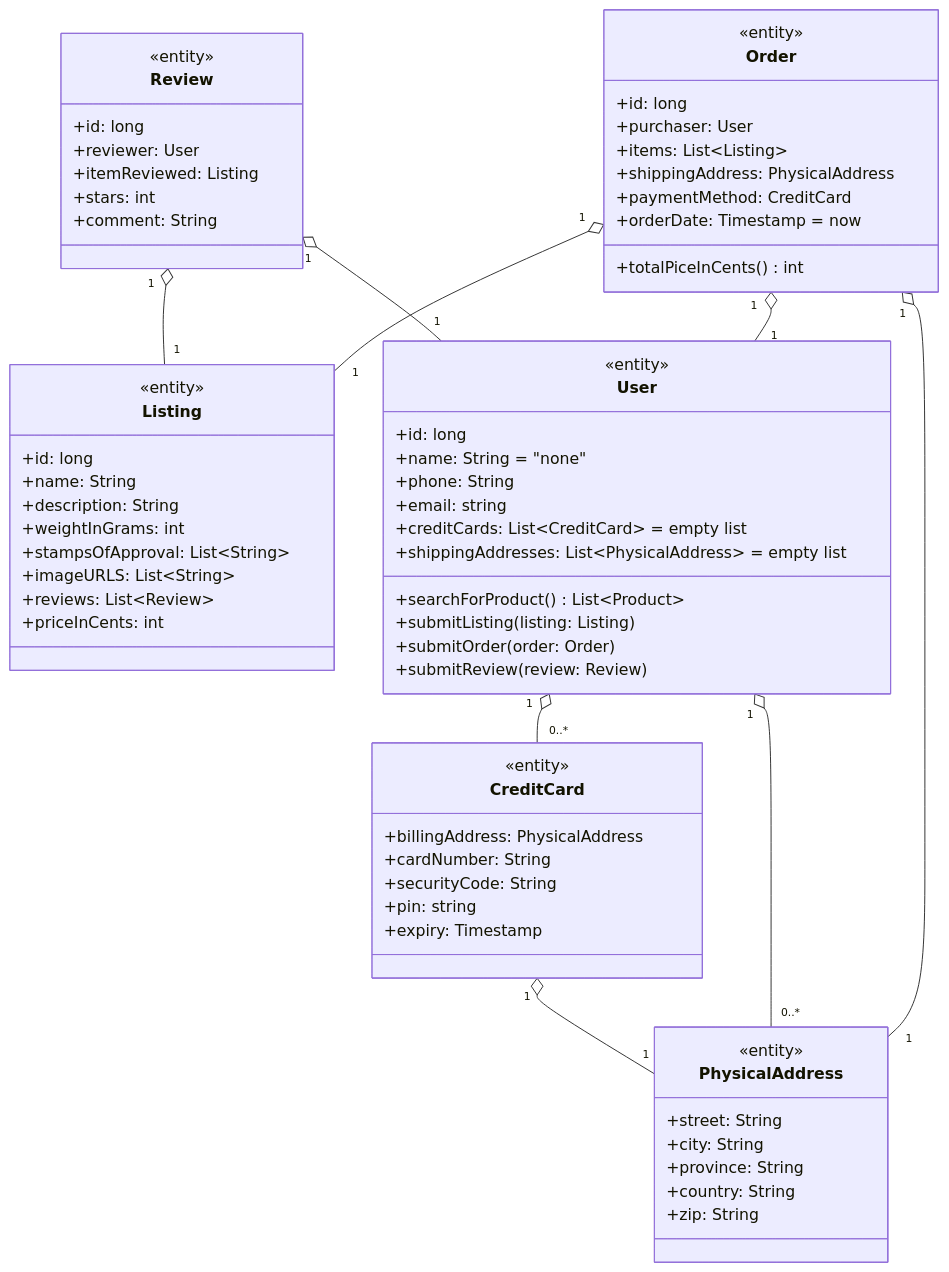
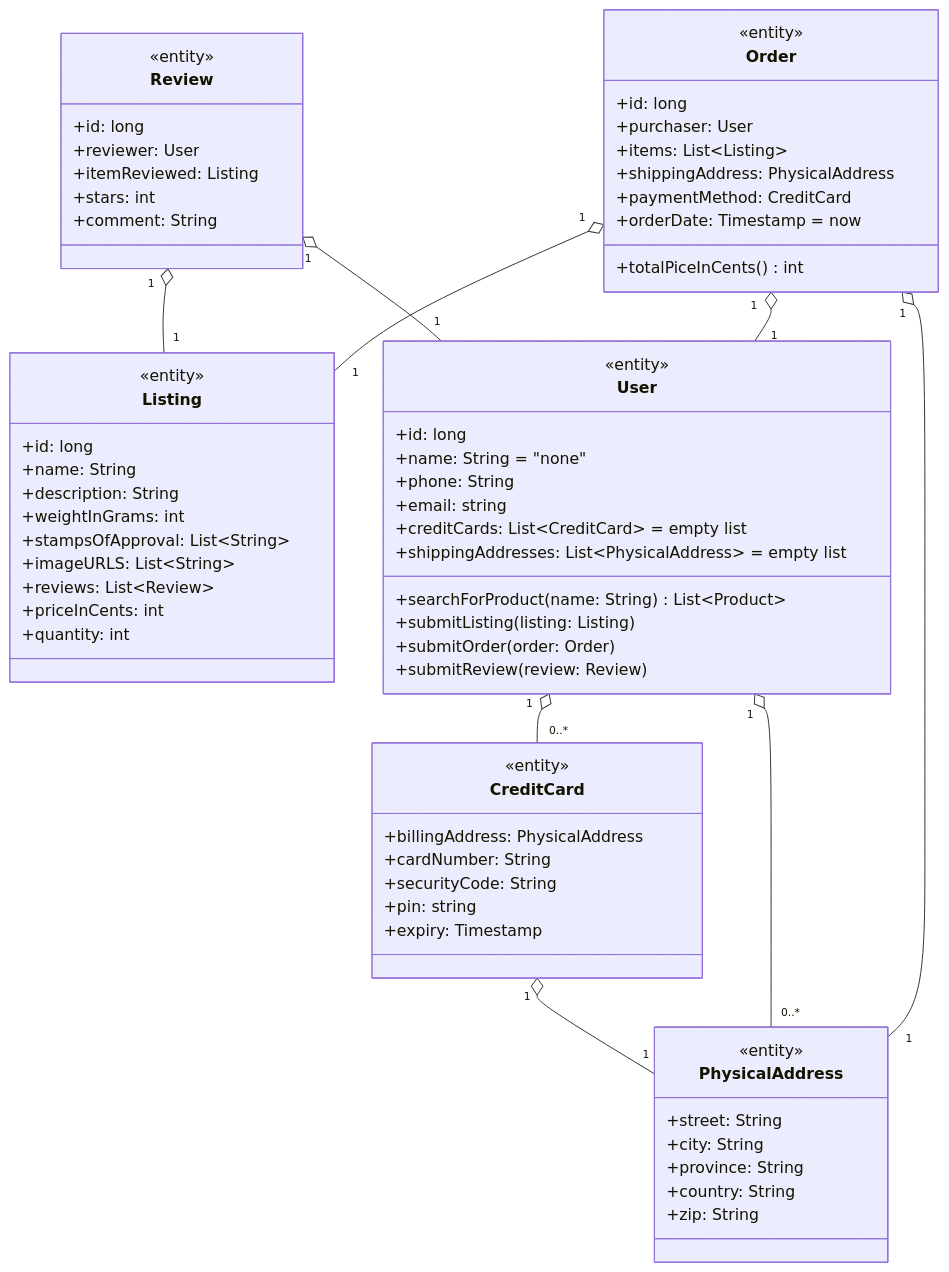
Before and after one commit to cliserkad/ecommerce_prototype: the diagram in submittable/system_design_document.md, drawn with Mermaid. The commit also changed other lines of this file, not shown here.

````diff
--- a/submittable/system_design_document.md
+++ b/submittable/system_design_document.md
@@ -17,78 +17,79 @@
 ```mermaid
 classDiagram
     direction TD
     
     Review "1" o-- "1" Listing
     Order "1" o-- "1" Listing
     CreditCard "1" o-- "1" PhysicalAddress
     User "1" o-- "0..*" CreditCard
     User "1" o-- "0..*" PhysicalAddress
     Review "1" o-- "1" User
     Order "1" o-- "1" User
     Order "1" o-- "1" PhysicalAddress
     
     class User {
         <<entity>>
         +id: long
         +name: String = "none"
         +phone: String
         +email: string
         +creditCards: List&ltCreditCard&gt = empty list
         +shippingAddresses: List&ltPhysicalAddress&gt = empty list
-        +searchForProduct() List&ltProduct&gt
+        +searchForProduct(name: String) List&ltProduct&gt
         +submitListing(listing: Listing)
         +submitOrder(order: Order)
         +submitReview(review: Review)
     }
     
     class Listing {
         <<entity>>
         +id: long
         +name: String
         +description: String
         +weightInGrams: int
         +stampsOfApproval: List&ltString&gt
         +imageURLS: List&ltString&gt
         +reviews: List&ltReview&gt
         +priceInCents: int
+        +quantity: int
     }
     
     class Order {
         <<entity>>
         +id: long
         +purchaser: User
         +items: List&ltListing&gt
         +shippingAddress: PhysicalAddress
         +paymentMethod: CreditCard
         +orderDate: Timestamp = now
         +totalPiceInCents() int
     }
     
     class Review {
         <<entity>>
         +id: long
         +reviewer: User
         +itemReviewed: Listing
         +stars: int
         +comment: String
     }
     
     class CreditCard {
         <<entity>>
         +billingAddress: PhysicalAddress
         +cardNumber: String
         +securityCode: String
         +pin: string
         +expiry: Timestamp
     }
     
     class PhysicalAddress {
         <<entity>>
         +street: String
         +city: String
         +province: String
         +country: String
         +zip: String
     }
     
 ```
````
